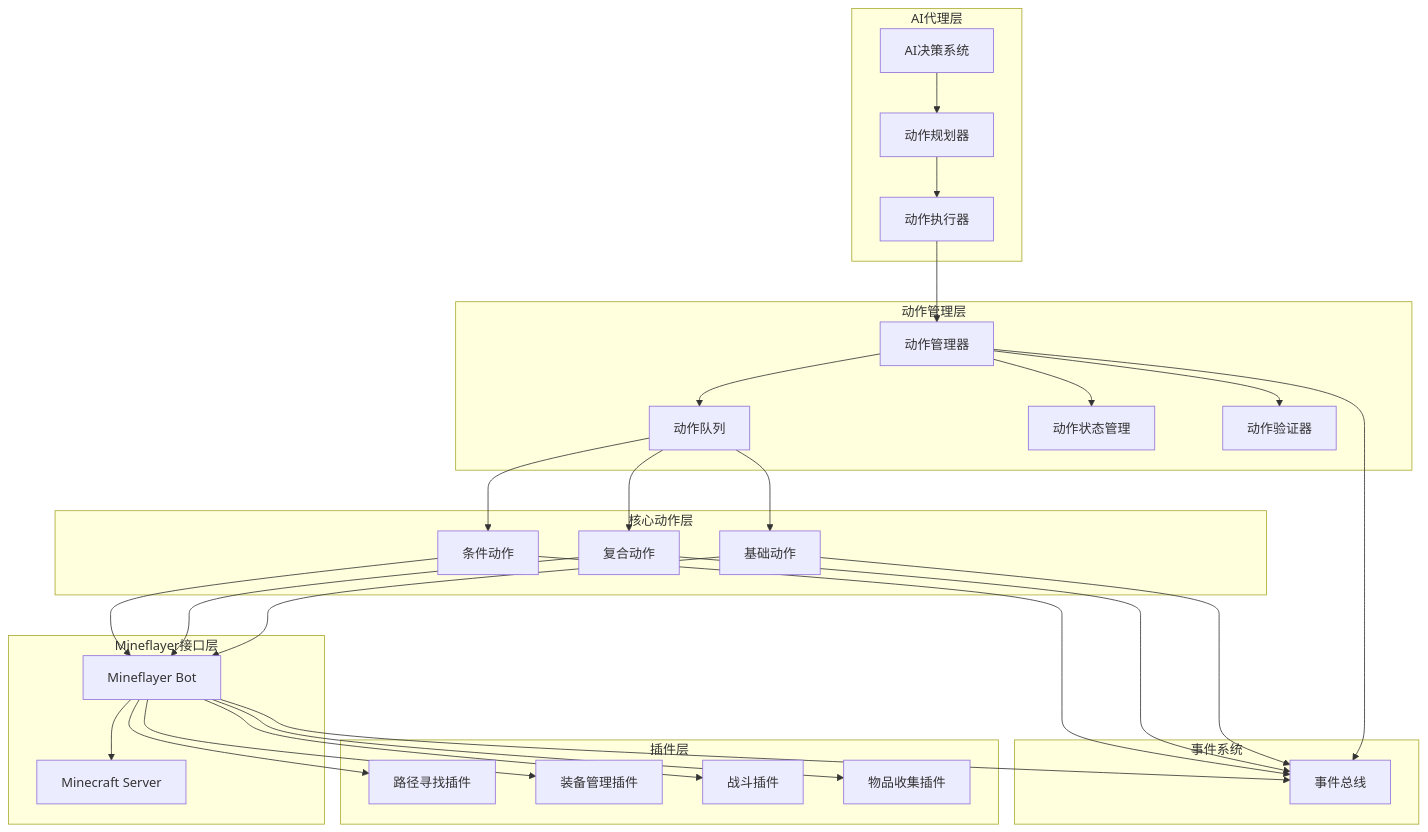
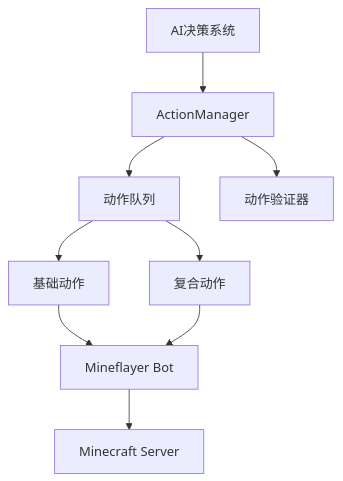
Before and after one commit to ChangingSelf/maicraft-next: the diagram in docs/design/action-system.md, drawn with Mermaid. The commit also changed other lines of this file and 47 other files, not shown here.

````diff
--- a/docs/design/action-system.md
+++ b/docs/design/action-system.md
@@ -26,43 +18,11 @@
 ```mermaid
 graph TB
-    subgraph "AI代理层"
-        A[AI决策系统] --> B[动作规划器]
-        B --> C[动作执行器]
-    end
-
-    subgraph "动作管理层"
-        C --> D[动作管理器]
-        D --> E[动作队列]
-        D --> F[动作状态管理]
-        D --> G[动作验证器]
-    end
-
-    subgraph "核心动作层"
-        E --> H[基础动作]
-        E --> I[复合动作]
-        E --> J[条件动作]
-    end
-
-    subgraph "Mineflayer接口层"
-        H --> K[Mineflayer Bot]
-        I --> K
-        J --> K
-        K --> L[Minecraft Server]
-    end
-
-    subgraph "插件层"
-        K --> M[路径寻找插件]
-        K --> N[装备管理插件]
-        K --> O[战斗插件]
-        K --> P[物品收集插件]
-    end
-
-    subgraph "事件系统"
-        Q[事件总线]
-        D --> Q
-        H --> Q
-        I --> Q
-        J --> Q
-        K --> Q
-    end
+    A[AI决策系统] --> B[ActionManager]
+    B --> C[动作队列]
+    B --> D[动作验证器]
+    C --> E[基础动作]
+    C --> F[复合动作]
+    E --> G[Mineflayer Bot]
+    F --> G
+    G --> H[Minecraft Server]
 ```
````
